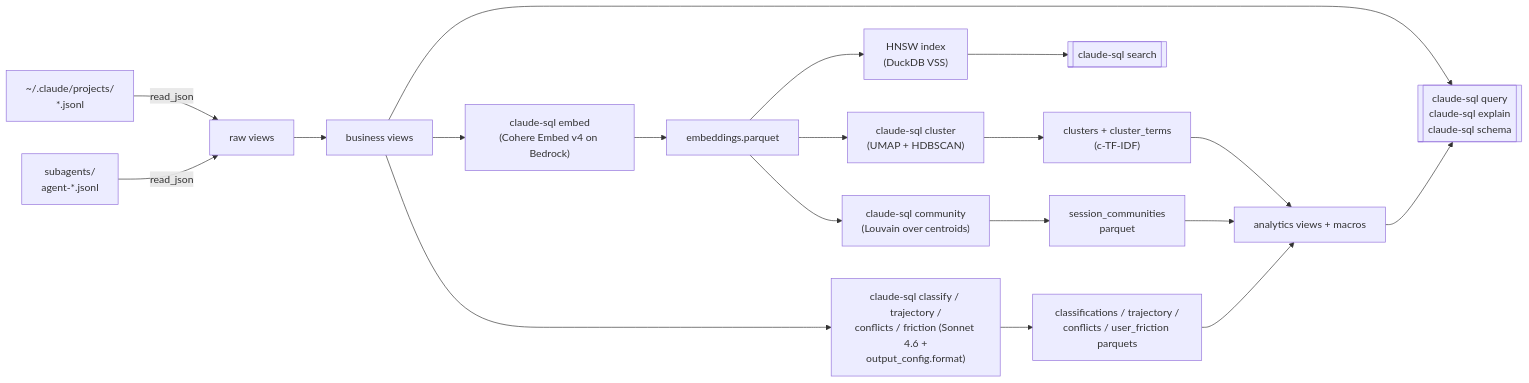
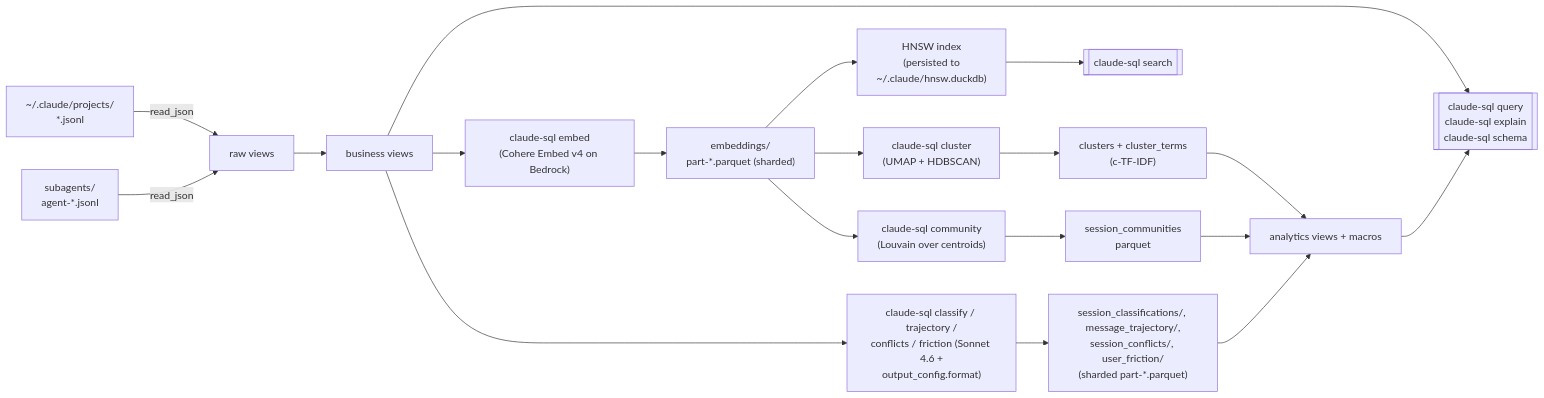
Before and after one commit to theagenticguy/claude-sql: the diagram in README.md, drawn with Mermaid. The commit also changed other lines of this file and 3 other files, not shown here.

First line of the commit message:
docs: document HNSW persistence, sharded caches, DuckDB tuning, --profile-json

````diff
--- a/README.md
+++ b/README.md
@@ -58,21 +58,21 @@
 ```mermaid
 flowchart LR
     J["~/.claude/projects/<br/>*.jsonl"] -->|read_json| R[raw views]
     J2["subagents/<br/>agent-*.jsonl"] -->|read_json| R
     R --> V[business views]
     V --> Q[["claude-sql query<br/>claude-sql explain<br/>claude-sql schema"]]
     V --> E["claude-sql embed<br/>(Cohere Embed v4 on Bedrock)"]
-    E --> P["embeddings.parquet"]
-    P --> H["HNSW index<br/>(DuckDB VSS)"]
+    E --> P["embeddings/<br/>part-*.parquet (sharded)"]
+    P --> H["HNSW index<br/>(persisted to<br/>~/.claude/hnsw.duckdb)"]
     H --> S[["claude-sql search"]]
     V --> L["claude-sql classify / trajectory /<br/>conflicts / friction (Sonnet 4.6 +<br/>output_config.format)"]
-    L --> PA["classifications / trajectory /<br/>conflicts / user_friction parquets"]
+    L --> PA["session_classifications/, message_trajectory/,<br/>session_conflicts/, user_friction/<br/>(sharded part-*.parquet)"]
     P --> C["claude-sql cluster<br/>(UMAP + HDBSCAN)"]
     C --> PC["clusters + cluster_terms<br/>(c-TF-IDF)"]
     P --> CM["claude-sql community<br/>(Louvain over centroids)"]
     CM --> PM["session_communities<br/>parquet"]
     PA --> AV[analytics views + macros]
     PC --> AV
     PM --> AV
     AV --> Q
 ```
````
